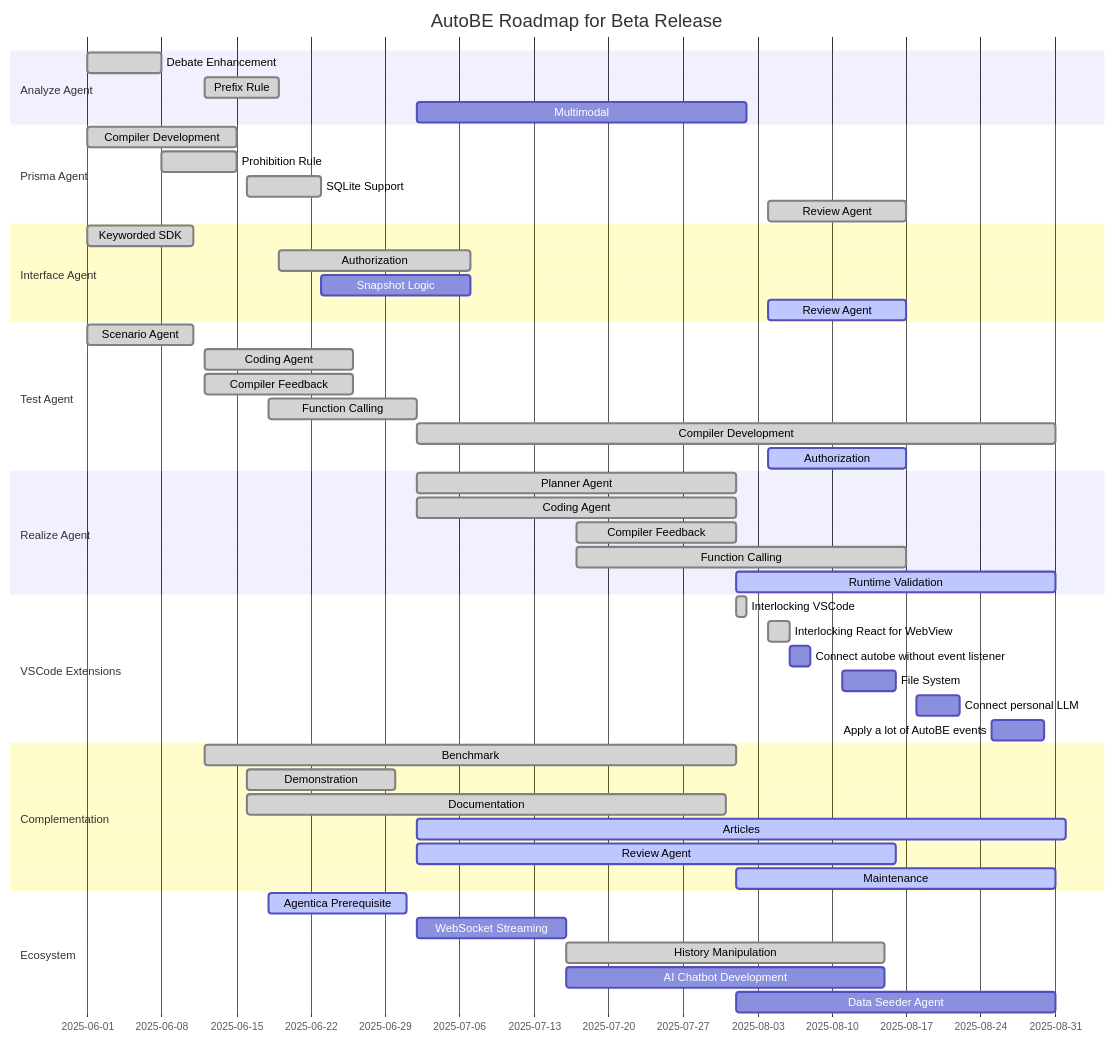
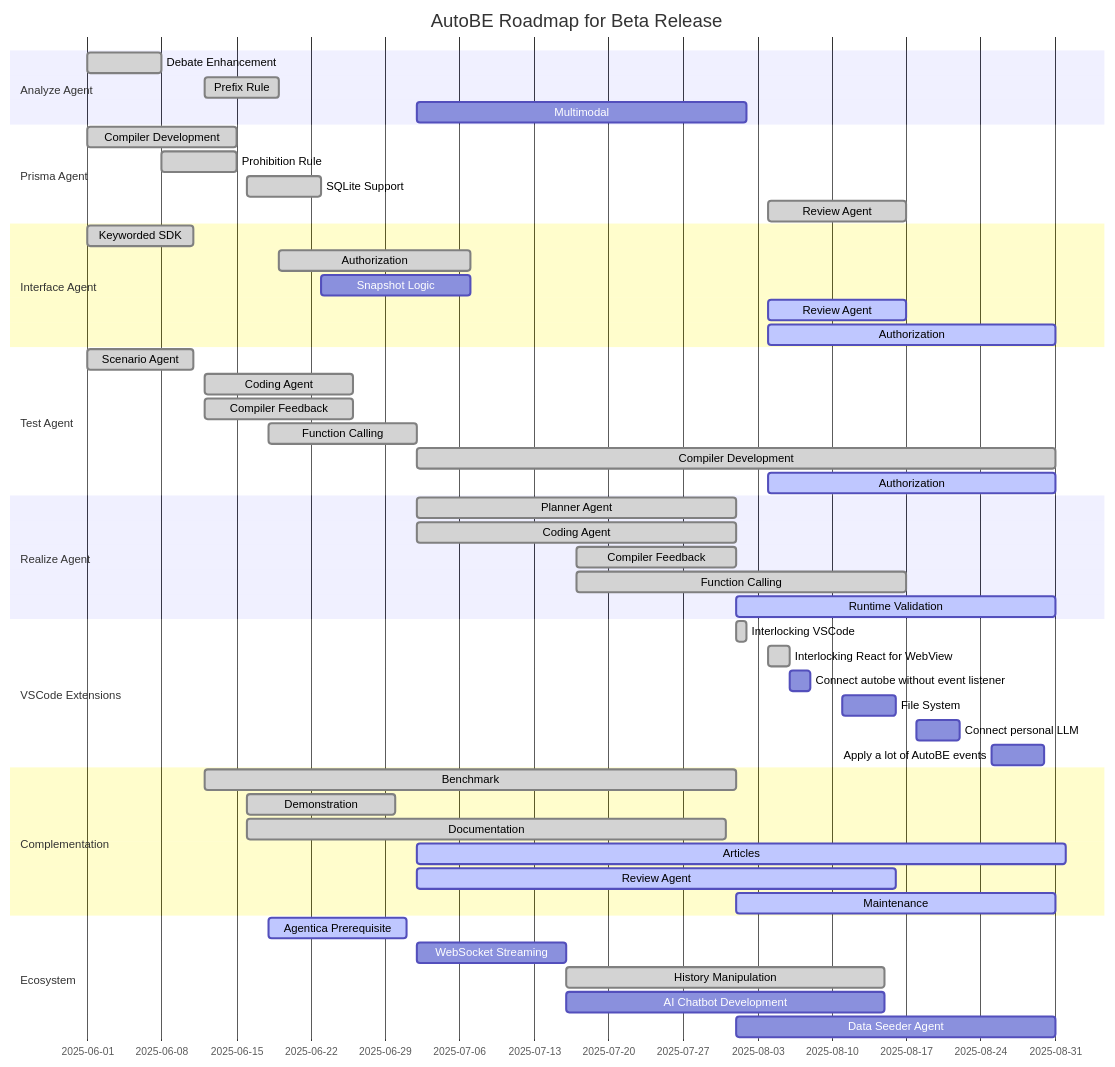
Before and after one commit to RavenView-ai/autobe: the second of 2 diagrams in README.md, drawn with Mermaid. The commit also changed 17 other files, not shown here.

````diff
--- a/README.md
+++ b/README.md
@@ -181,60 +181,61 @@
 ```mermaid
 gantt
   dateFormat YYYY-MM-DD
   title AutoBE Roadmap for Beta Release
 
   section Analyze Agent
   Debate Enhancement: done,    2025-06-01,  7d
   Prefix Rule:        done,    2025-06-12,  7d
   Multimodal:         planned, 2025-07-02, 31d
 
   section Prisma Agent
   Compiler Development: done, 2025-06-01, 14d
   Prohibition Rule:     done, 2025-06-08,  7d
   SQLite Support:       done, 2025-06-16,  7d
   Review Agent:         done, 2025-08-04, 13d
 
   section Interface Agent
   Keyworded SDK:     done,    2025-06-01, 10d
   Authorization:     done,    2025-06-19, 18d
   Snapshot Logic:    planned, 2025-06-23, 14d
   Review Agent:      active,  2025-08-04, 13d
+  Authorization:     active,  2025-08-04, 27d
 
   section Test Agent
   Scenario Agent:         done, 2025-06-01, 10d        
   Coding Agent:           done, 2025-06-12, 14d
   Compiler Feedback:      done, 2025-06-12, 14d
   Function Calling:       done, 2025-06-18, 14d
   Compiler Development:   done, 2025-07-02, 60d
-  Authorization:        active, 2025-08-04, 13d
+  Authorization:        active, 2025-08-04, 27d
 
   section Realize Agent
   Planner Agent:          done, 2025-07-02, 30d
   Coding Agent:           done, 2025-07-02, 30d
   Compiler Feedback:      done, 2025-07-17, 15d
   Function Calling:       done, 2025-07-17, 31d
   Runtime Validation:   active, 2025-08-01, 30d
 
   section VSCode Extensions
   Interlocking VSCode:                      done, 2025-08-01, 1d
   Interlocking React for WebView:           done, 2025-08-04, 2d
   Connect autobe without event listener: planned, 2025-08-06, 2d
   File System:                           planned, 2025-08-11, 5d
   Connect personal LLM:                  planned, 2025-08-18, 4d
   Apply a lot of AutoBE events:          planned, 2025-08-25, 5d 
 
   section Complementation
   Benchmark:     done,   2025-06-12, 50d
   Demonstration: done,   2025-06-16, 14d
   Documentation: done,   2025-06-16, 45d
   Articles:      active, 2025-07-02, 61d
   Review Agent:  active, 2025-07-02, 45d
   Maintenance:   active, 2025-08-01, 30d
 
   section Ecosystem
   Agentica Prerequisite:  active,  2025-06-18, 13d
   WebSocket Streaming:    planned, 2025-07-02, 14d
   History Manipulation:   done,    2025-07-16, 30d
   AI Chatbot Development: planned, 2025-07-16, 30d
   Data Seeder Agent:      planned, 2025-08-01, 30d
 ```
````
